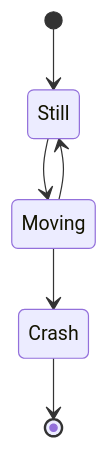
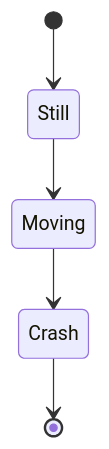
The diagram in 19.md (viktorshandrikov/repository-1), drawn with Mermaid before and after one commit.

````diff
--- a/19.md
+++ b/19.md
@@ -1,8 +1,7 @@
 ```mermaid
 stateDiagram-v2
 [*] --> Still
 Still --> Moving
-Moving --> Still
 Moving --> Crash
 Crash --> [*]
 ```
````
